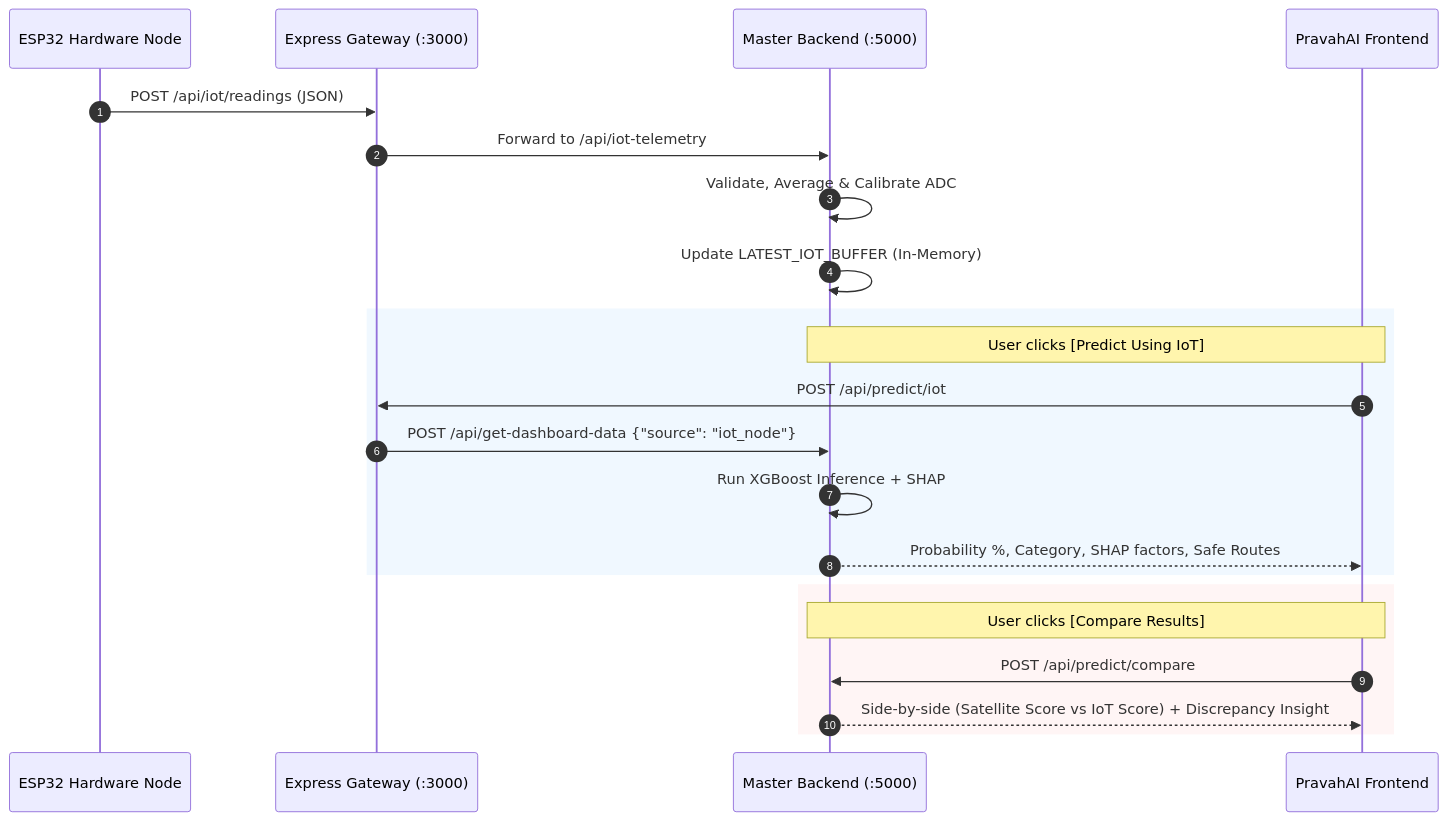
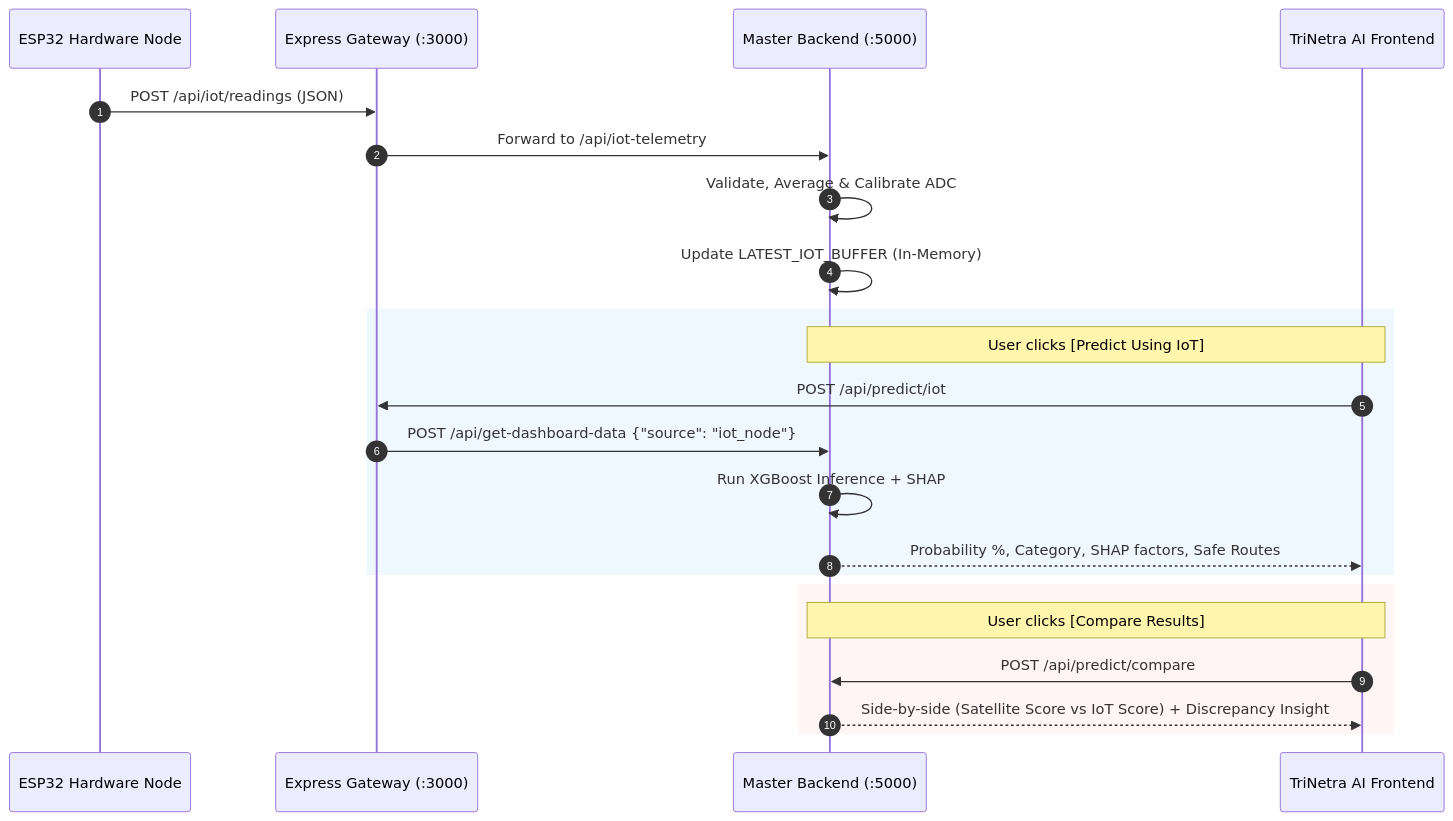
Before and after one commit to Vipin1907/PRAVAH: the second of 2 diagrams in ESP32_IOT_INTEGRATION_PLAN.md, drawn with Mermaid. The commit also changed other lines of this file and 21 other files, not shown here.

First line of the commit message:
feat: TriNetra AI - Complete Flood Early Warning System with AI + IoT integration

````diff
--- a/ESP32_IOT_INTEGRATION_PLAN.md
+++ b/ESP32_IOT_INTEGRATION_PLAN.md
@@ -109,27 +109,27 @@
 ```mermaid
 sequenceDiagram
     autonumber
     participant ESP as ESP32 Hardware Node
     participant Gateway as Express Gateway (:3000)
     participant Python as Master Backend (:5000)
-    participant UI as PravahAI Frontend
+    participant UI as TriNetra AI Frontend
 
     ESP->>Gateway: POST /api/iot/readings (JSON)
     Gateway->>Python: Forward to /api/iot-telemetry
     Python->>Python: Validate, Average & Calibrate ADC
     Python->>Python: Update LATEST_IOT_BUFFER (In-Memory)
     
     rect rgb(240, 248, 255)
         note over UI,Python: User clicks [Predict Using IoT]
         UI->>Gateway: POST /api/predict/iot
         Gateway->>Python: POST /api/get-dashboard-data {"source": "iot_node"}
         Python->>Python: Run XGBoost Inference + SHAP
         Python-->>UI: Probability %, Category, SHAP factors, Safe Routes
     end
 
     rect rgb(255, 245, 245)
         note over UI,Python: User clicks [Compare Results]
         UI->>Python: POST /api/predict/compare
         Python-->>UI: Side-by-side (Satellite Score vs IoT Score) + Discrepancy Insight
     end
 ```
````
